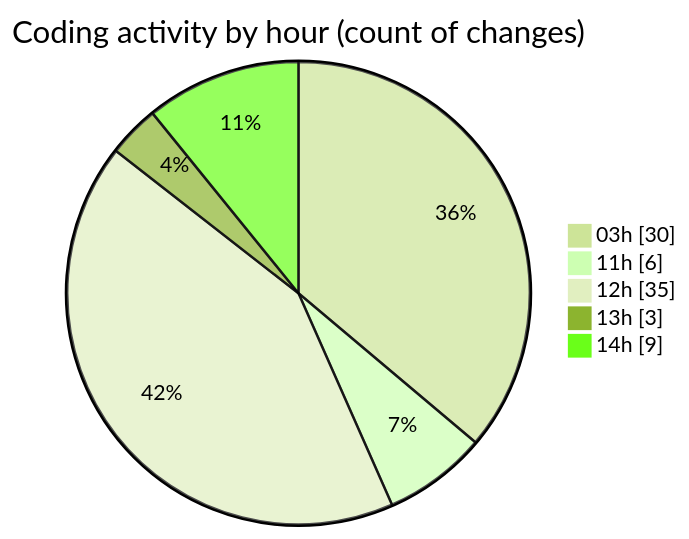
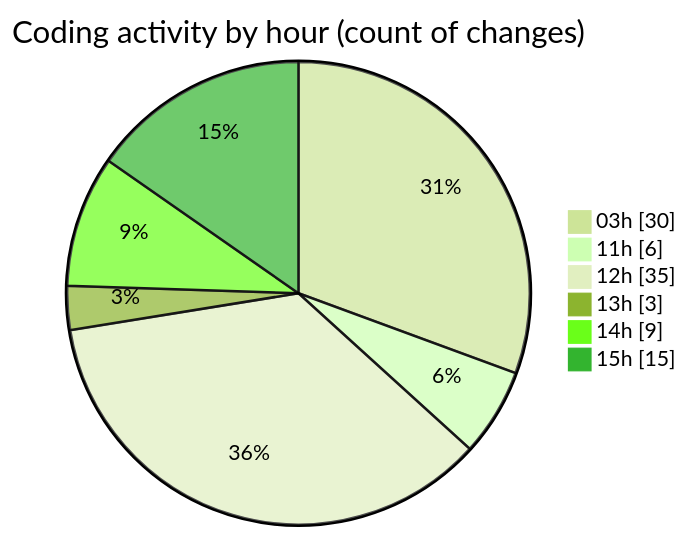
One commit to lephambinh05/code-tracking changed the second of 2 diagrams in 2025-09-13/napxuvn/README.md. Above: the diagram before and after it, drawn with Mermaid (forest theme). The commit also changed other lines of this file and 1 other file, not shown here.

````diff
--- a/2025-09-13/napxuvn/README.md
+++ b/2025-09-13/napxuvn/README.md
@@ -66,9 +68,10 @@
 ```mermaid
 pie showData
 title Coding activity by hour (count of changes)
 "03h" : 30
 "11h" : 6
 "12h" : 35
 "13h" : 3
 "14h" : 9
+"15h" : 15
 ```
````
